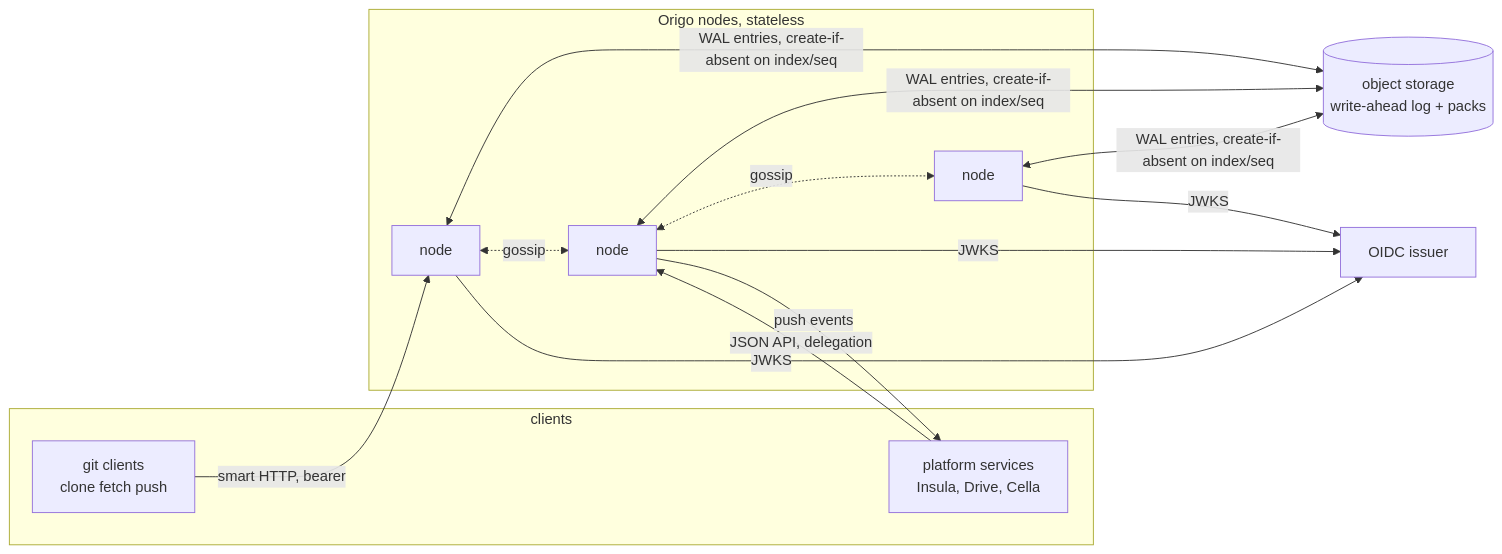
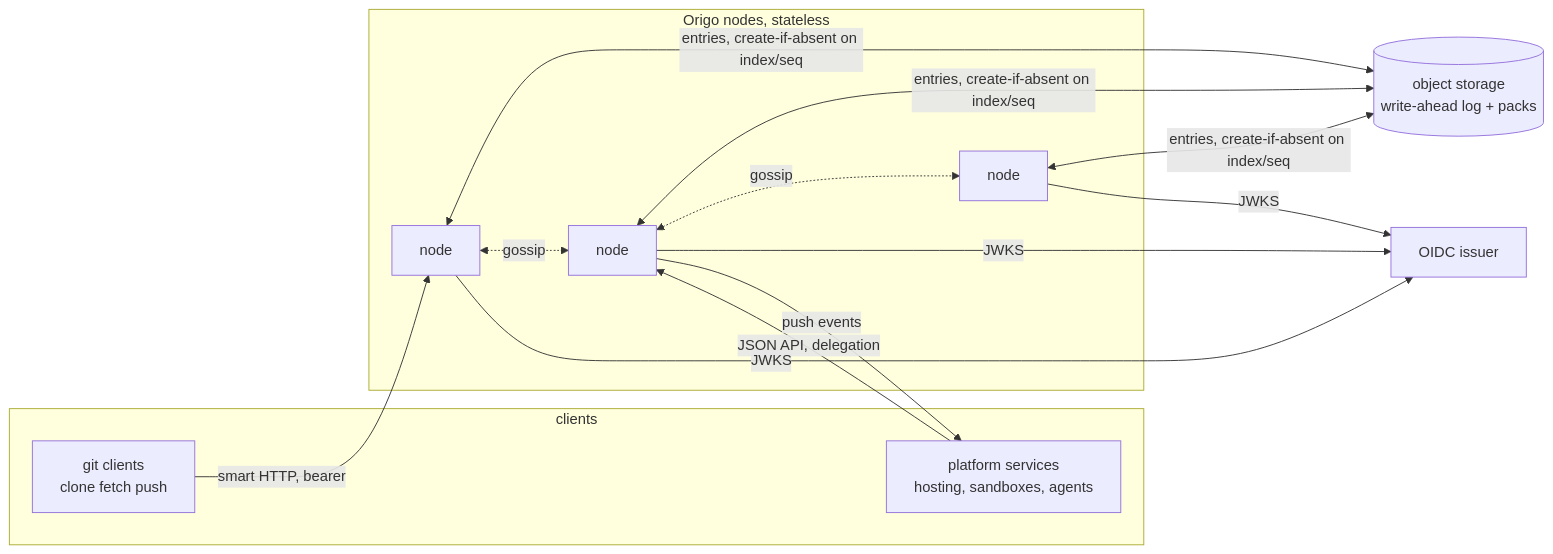
One commit to latere-ai/origo changed the first of 2 diagrams in specs/001-architecture.md. Above: the diagram before and after it, drawn with Mermaid. The commit also changed other lines of this file and 1 other file, not shown here.

````diff
--- a/specs/001-architecture.md
+++ b/specs/001-architecture.md
@@ -53,20 +65,20 @@
 ```mermaid
 flowchart LR
   subgraph clients
     G[git clients<br/>clone fetch push]
-    P[platform services<br/>Insula, Drive, Cella]
+    P[platform services<br/>hosting, sandboxes, agents]
   end
   subgraph origo[Origo nodes, stateless]
     N1[node]
     N2[node]
     N3[node]
   end
   S[(object storage<br/>write-ahead log + packs)]
   I[OIDC issuer]
   G -->|smart HTTP, bearer| N1
   P -->|JSON API, delegation| N2
-  N1 & N2 & N3 <-->|WAL entries, create-if-absent on index/seq| S
+  N1 & N2 & N3 <-->|entries, create-if-absent on index/seq| S
   N1 <-.->|gossip| N2 <-.->|gossip| N3
   N1 & N2 & N3 -->|JWKS| I
   N2 -->|push events| P
 ```
````
